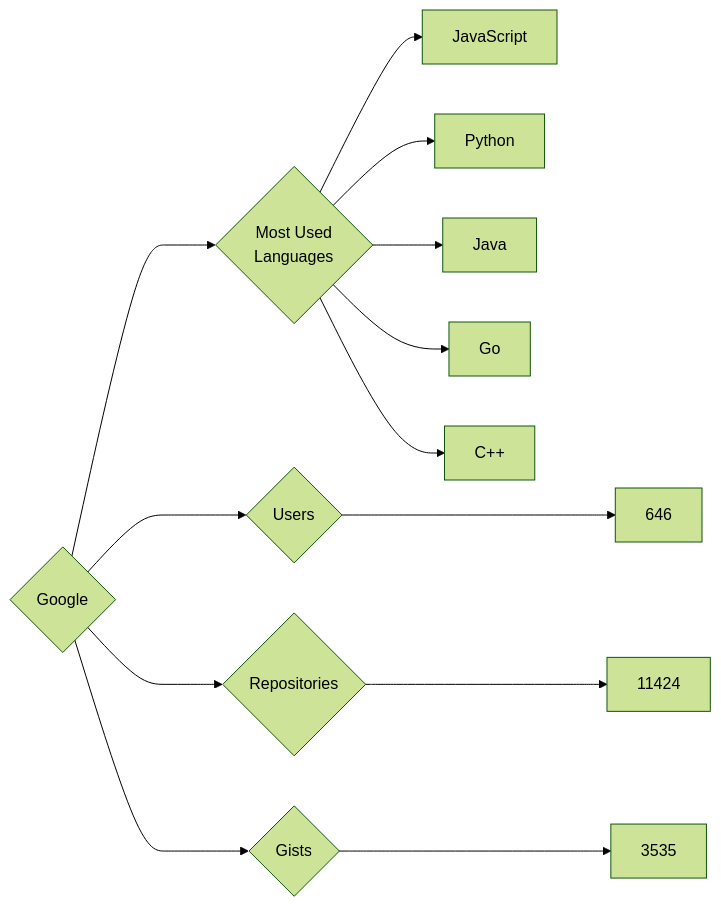
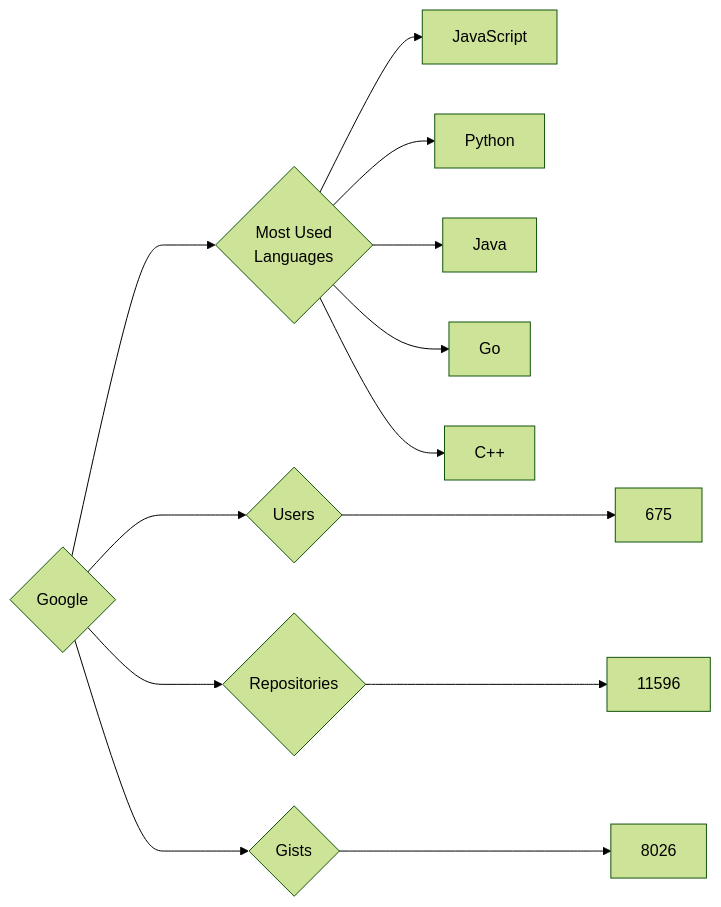
The diagram in targets/Google/README.md (trickest/insiders), drawn with Mermaid (forest theme) before and after one commit. The commit also changed 847 other files, not shown here.

````diff
--- a/targets/Google/README.md
+++ b/targets/Google/README.md
@@ -3,13 +3,13 @@
 ```mermaid
 graph LR
 COMPANY_NAME{Google}
-COMPANY_NAME ---> U{Users} ---> UN[646]
-COMPANY_NAME ---> R{Repositories} ---> RN[11424]
-COMPANY_NAME ---> G{Gists} ---> GN[3535]
+COMPANY_NAME ---> U{Users} ---> UN[675]
+COMPANY_NAME ---> R{Repositories} ---> RN[11596]
+COMPANY_NAME ---> G{Gists} ---> GN[8026]
 COMPANY_NAME ---> ML{Most Used<br>Languages}
 ML --> JavaScript[JavaScript]
 ML --> Python[Python]
 ML --> Java[Java]
 ML --> Go[Go]
 ML --> C++[C++]
 ```
````
